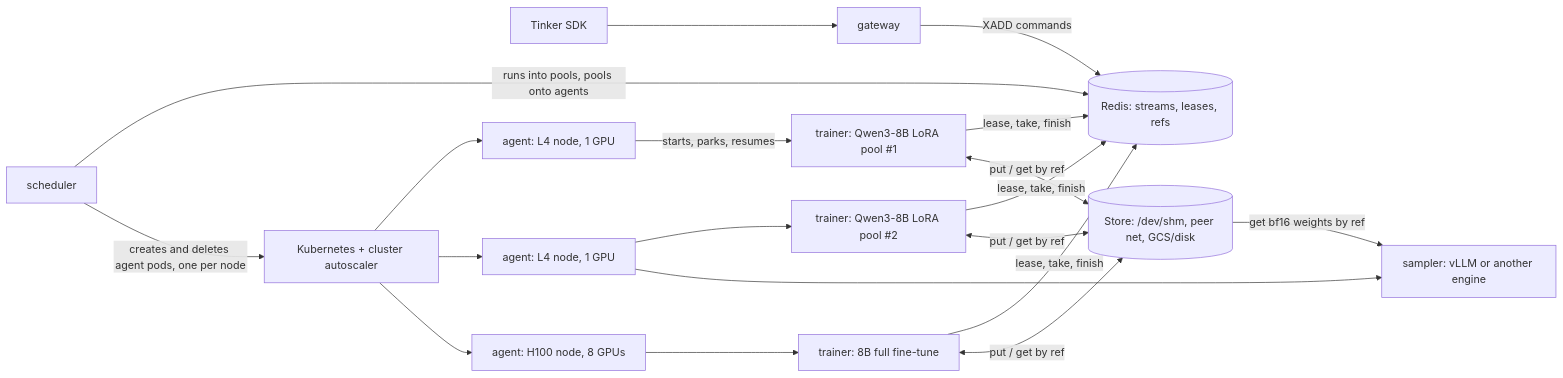
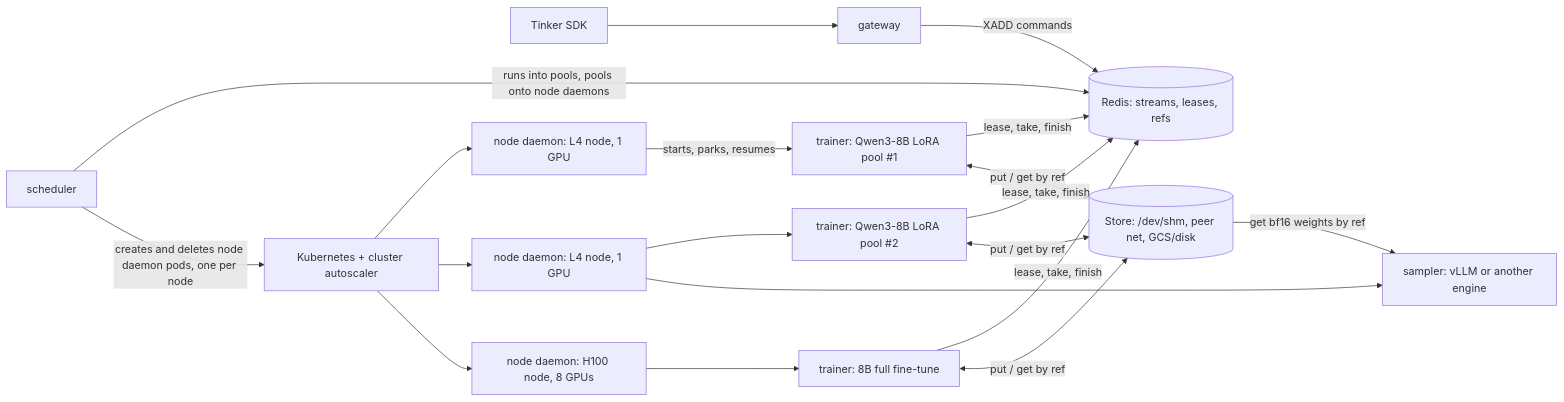
Before and after one commit to ShubyM/tiny-open-rl: the first of 2 diagrams in docs/kubernetes.md, drawn with Mermaid. The commit also changed other lines of this file, not shown here.

Commit message:
Rename the agent to the node daemon

````diff
--- a/docs/kubernetes.md
+++ b/docs/kubernetes.md
@@ -14,17 +14,17 @@
 ```mermaid
 flowchart LR
   SDK["Tinker SDK"] --> GW["gateway"]
   GW -- "XADD commands" --> R[("Redis: streams, leases, refs")]
-  S["scheduler"] -- "runs into pools, pools onto agents" --> R
-  S -- "creates and deletes agent pods, one per node" --> K["Kubernetes + cluster autoscaler"]
-  K --> A1["agent: L4 node, 1 GPU"]
-  K --> A2["agent: L4 node, 1 GPU"]
-  K --> A8["agent: H100 node, 8 GPUs"]
+  S["scheduler"] -- "runs into pools, pools onto node daemons" --> R
+  S -- "creates and deletes node daemon pods, one per node" --> K["Kubernetes + cluster autoscaler"]
+  K --> A1["node daemon: L4 node, 1 GPU"]
+  K --> A2["node daemon: L4 node, 1 GPU"]
+  K --> A8["node daemon: H100 node, 8 GPUs"]
   A1 -- "starts, parks, resumes" --> T1["trainer: Qwen3-8B LoRA pool #1"]
   A2 --> T2["trainer: Qwen3-8B LoRA pool #2"]
   A8 --> T3["trainer: 8B full fine-tune"]
   A2 --> V1["sampler: vLLM or another engine"]
   T1 & T2 & T3 -- "lease, take, finish" --> R
   T1 & T2 & T3 <-- "put / get by ref" --> ST[("Store: /dev/shm, peer net, GCS/disk")]
   ST -- "get bf16 weights by ref" --> V1
 ```
````
